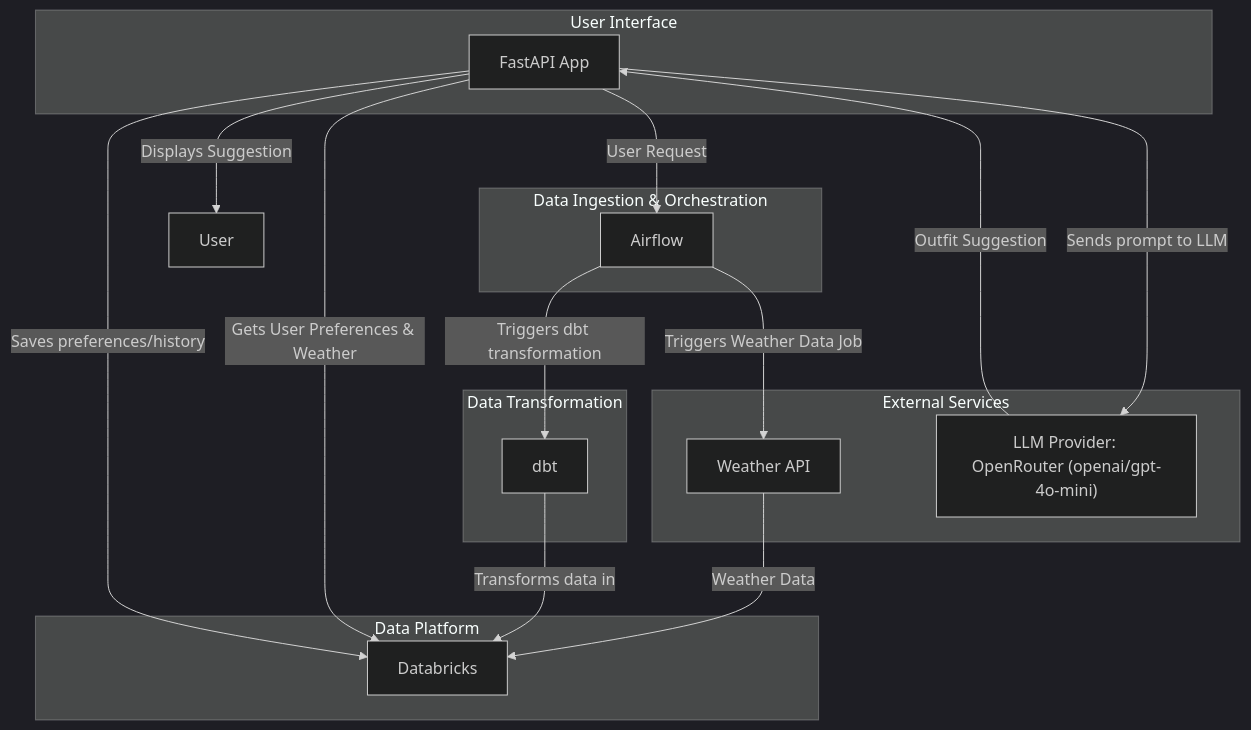
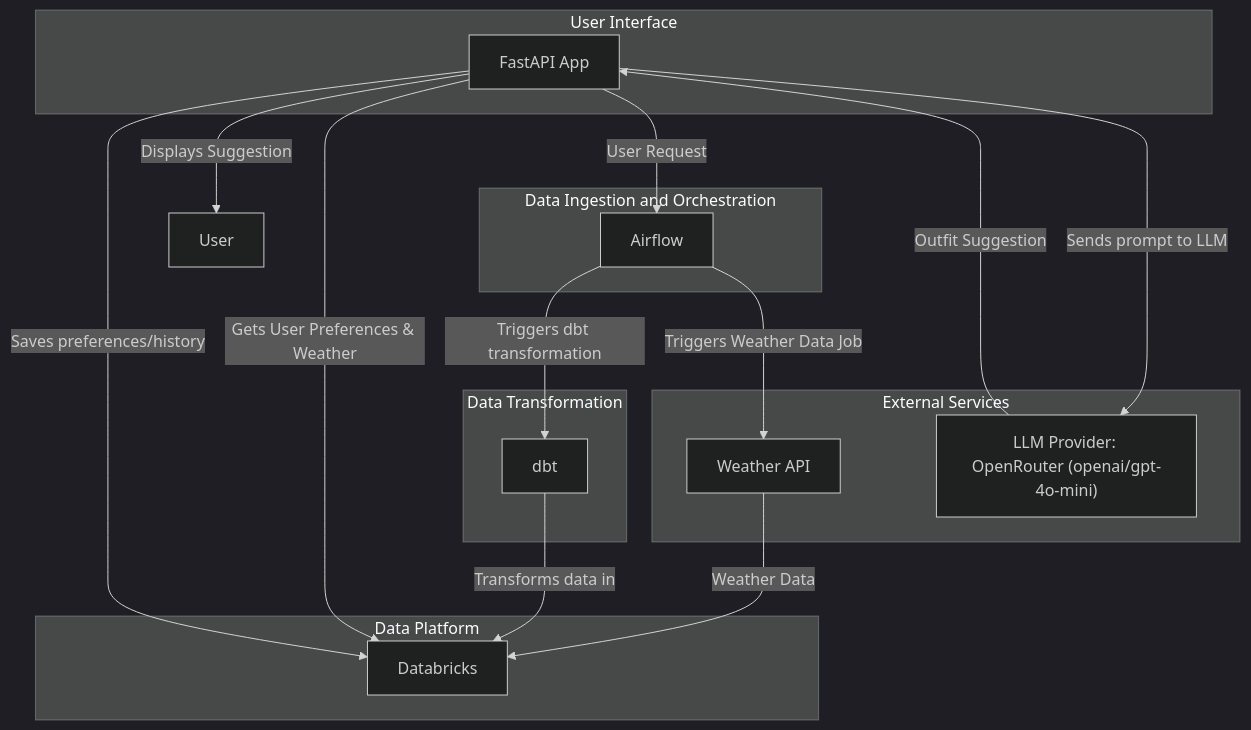
The diagram in plan.md (joongsim/fitted), drawn with Mermaid (dark theme) before and after one commit.

Commit message:
fix: correct label formatting in the Data Ingestion and Orchestration section of plan.md

````diff
--- a/plan.md
+++ b/plan.md
@@ -13,35 +13,35 @@
 ```mermaid
 graph TD
     subgraph User Interface
         A[FastAPI App]
     end
 
     
-    subgraph Data Ingestion & Orchestration
+    subgraph Data Ingestion and Orchestration
         B[Airflow]
     end
 
     subgraph Data Platform
         C[Databricks]
     end
 
     subgraph Data Transformation
         D[dbt]
     end
 
     subgraph External Services
         E[Weather API]
         F["LLM Provider: OpenRouter (openai/gpt-4o-mini)"]
     end
 
     A -- "User Request" --> B
     B -- "Triggers Weather Data Job" --> E
     E -- "Weather Data" --> C
     B -- "Triggers dbt transformation" --> D
     D -- "Transforms data in" --> C
     A -- "Gets User Preferences & Weather" --> C
     A -- "Sends prompt to LLM" --> F
     F -- "Outfit Suggestion" --> A
     A -- "Saves preferences/history" --> C
     A -- "Displays Suggestion" --> User
 ```
````
